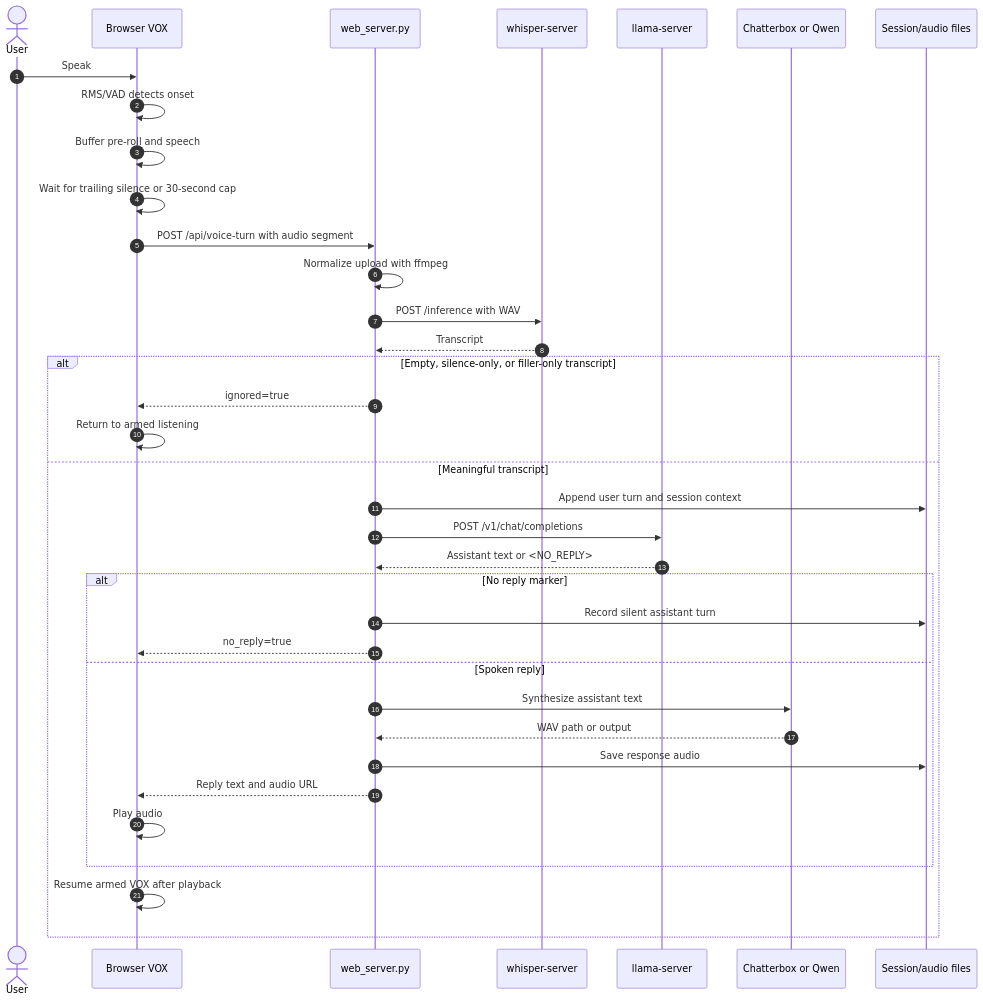
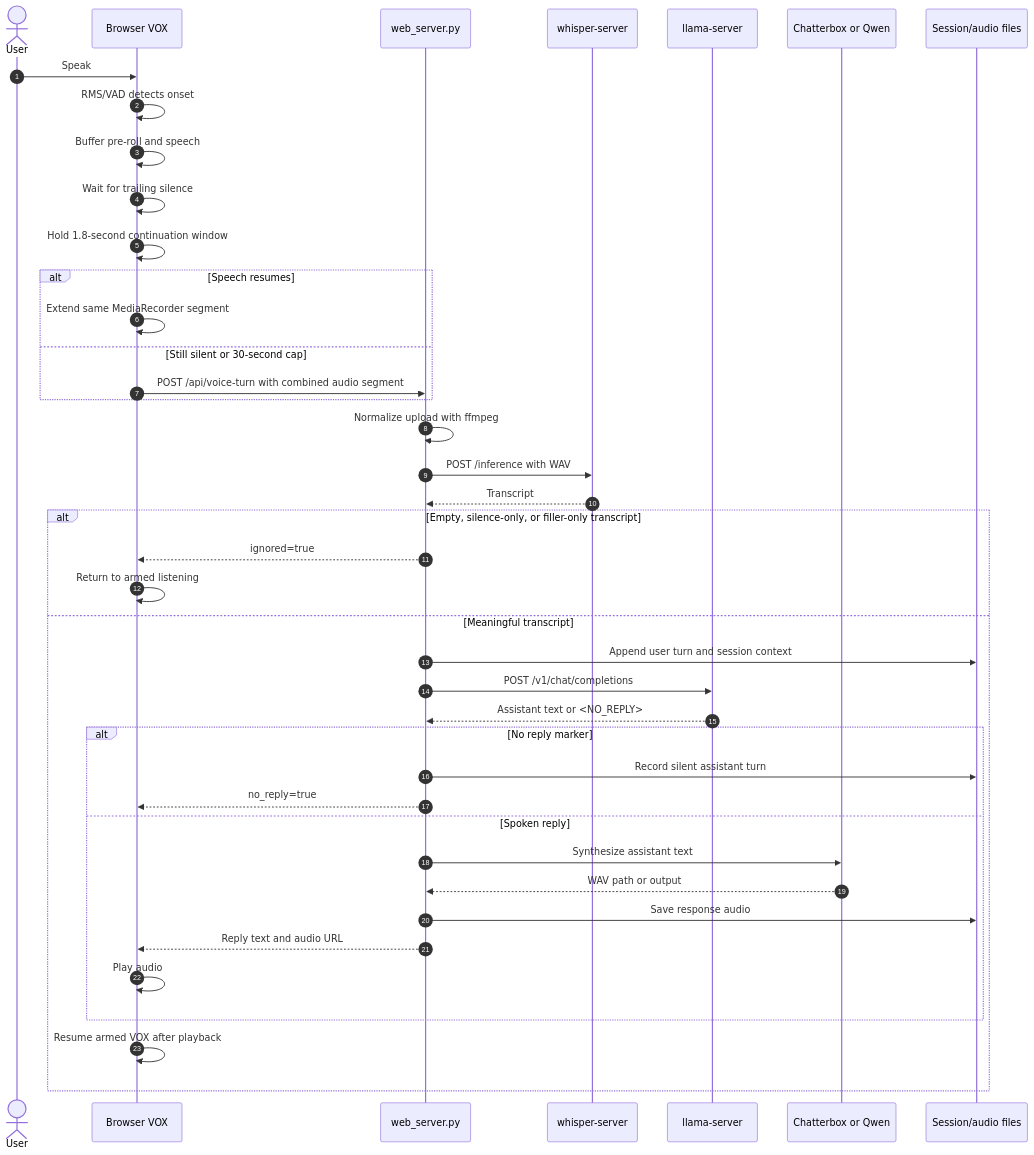
The third of 4 diagrams in docs/architecture.md (initialed85/edvox), drawn with Mermaid before and after one commit. The commit also changed 2 other files, not shown here.

Commit message:
add VOX continuation window

````diff
--- a/docs/architecture.md
+++ b/docs/architecture.md
@@ -129,39 +129,44 @@
 ```mermaid
 sequenceDiagram
     autonumber
     actor User
     participant Browser as Browser VOX
     participant Web as web_server.py
     participant STT as whisper-server
     participant Chat as llama-server
     participant TTS as Chatterbox or Qwen
     participant Store as Session/audio files
 
     User->>Browser: Speak
     Browser->>Browser: RMS/VAD detects onset
     Browser->>Browser: Buffer pre-roll and speech
-    Browser->>Browser: Wait for trailing silence or 30-second cap
-    Browser->>Web: POST /api/voice-turn with audio segment
+    Browser->>Browser: Wait for trailing silence
+    Browser->>Browser: Hold 1.8-second continuation window
+    alt Speech resumes
+        Browser->>Browser: Extend same MediaRecorder segment
+    else Still silent or 30-second cap
+        Browser->>Web: POST /api/voice-turn with combined audio segment
+    end
     Web->>Web: Normalize upload with ffmpeg
     Web->>STT: POST /inference with WAV
     STT-->>Web: Transcript
     alt Empty, silence-only, or filler-only transcript
         Web-->>Browser: ignored=true
         Browser->>Browser: Return to armed listening
     else Meaningful transcript
         Web->>Store: Append user turn and session context
         Web->>Chat: POST /v1/chat/completions
         Chat-->>Web: Assistant text or <NO_REPLY>
         alt No reply marker
             Web->>Store: Record silent assistant turn
             Web-->>Browser: no_reply=true
         else Spoken reply
             Web->>TTS: Synthesize assistant text
             TTS-->>Web: WAV path or output
             Web->>Store: Save response audio
             Web-->>Browser: Reply text and audio URL
             Browser->>Browser: Play audio
         end
         Browser->>Browser: Resume armed VOX after playback
     end
 ```
````
